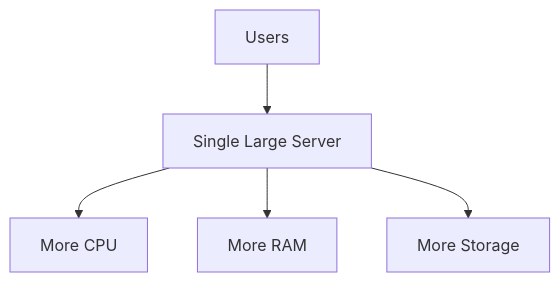
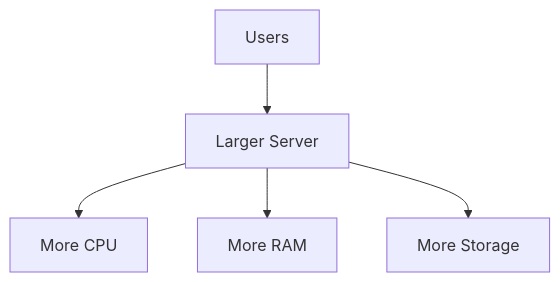
Before and after one commit to quesiblaq442-del/architecture-diagram: the eighth of 26 diagrams in ARCHITECTURE.md, drawn with Mermaid. The commit also changed other lines of this file, not shown here.

Commit message:
Refresh the architecture document for a more polished, eye-catching overview

````diff
--- a/ARCHITECTURE.md
+++ b/ARCHITECTURE.md
@@ -211,7 +228,7 @@
 ```mermaid
 graph TB
-    Users["Users"] --> Server["Single Large Server"]
+    Users["Users"] --> Server["Larger Server"]
     Server --> CPU["More CPU"]
     Server --> RAM["More RAM"]
-    Server --> Disk["More Storage"]
+    Server --> Storage["More Storage"]
 ```
````
